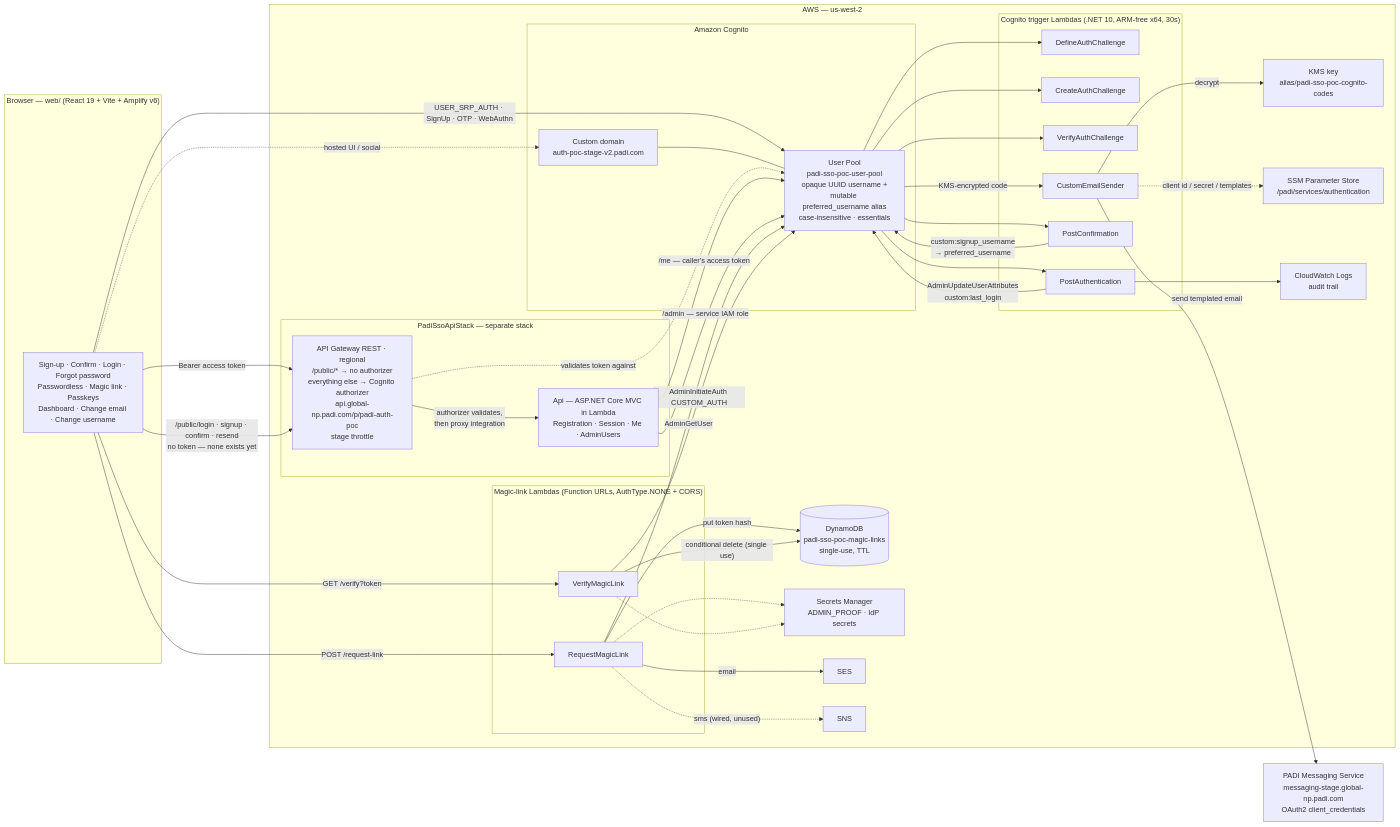
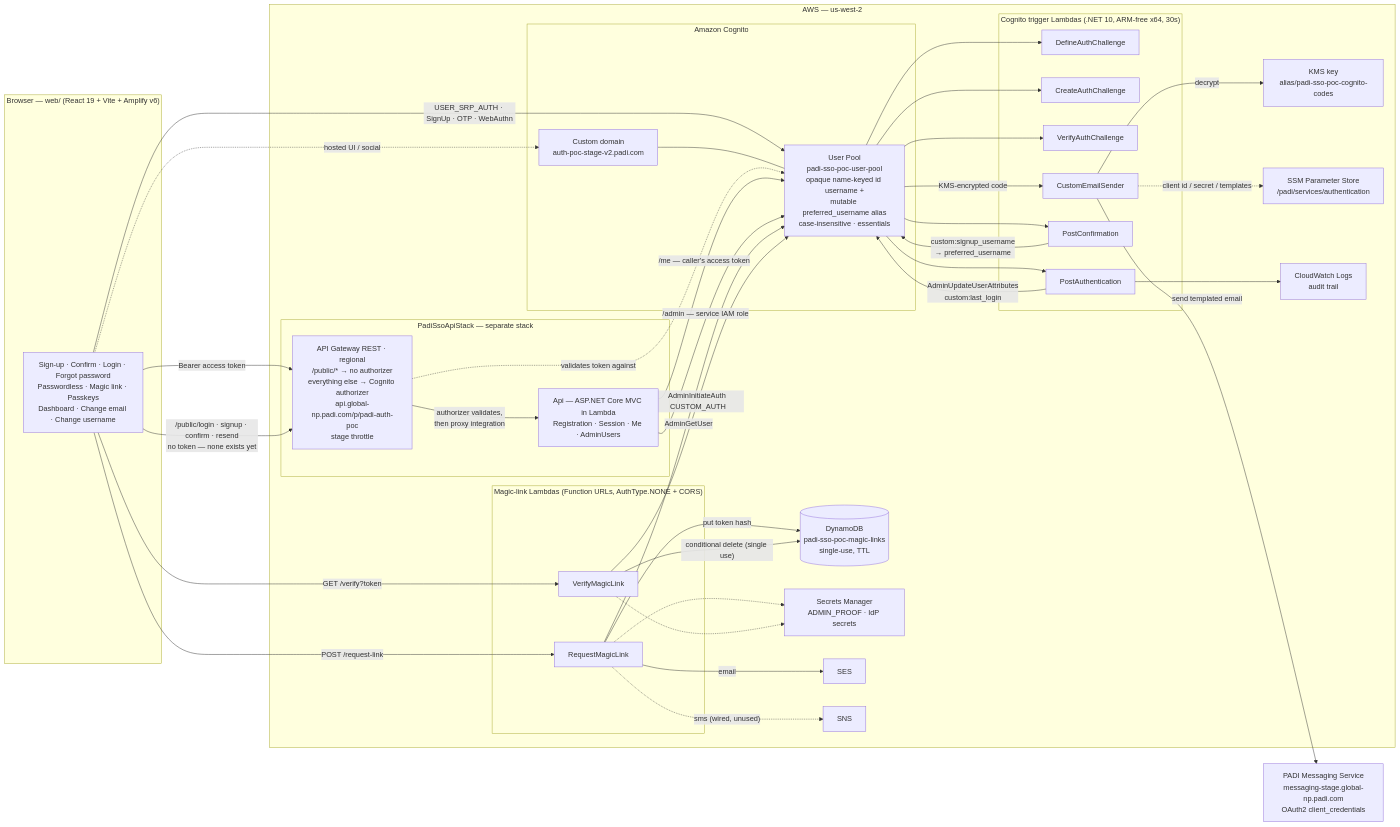
Before and after one commit to minhthanhnguyen/PADISSOPOC: the first of 6 diagrams in PADISSOPOC/docs/architecture.md, drawn with Mermaid. The commit also changed other lines of this file and 15 other files, not shown here.

````diff
--- a/PADISSOPOC/docs/architecture.md
+++ b/PADISSOPOC/docs/architecture.md
@@ -14,81 +14,81 @@
 ```mermaid
 flowchart LR
     subgraph client["Browser — web/ (React 19 + Vite + Amplify v6)"]
         UI["Sign-up · Confirm · Login · Forgot password<br/>Passwordless · Magic link · Passkeys<br/>Dashboard · Change email · Change username"]
     end
 
     subgraph aws["AWS — us-west-2"]
         subgraph idp["Amazon Cognito"]
-            POOL["User Pool<br/>padi-sso-poc-user-pool<br/>opaque UUID username +<br/>mutable preferred_username alias<br/>case-insensitive · essentials"]
+            POOL["User Pool<br/>padi-sso-poc-user-pool<br/>opaque name-keyed id username +<br/>mutable preferred_username alias<br/>case-insensitive · essentials"]
             DOMAIN["Custom domain<br/>auth-poc-stage-v2.padi.com"]
         end
 
         subgraph triggers["Cognito trigger Lambdas (.NET 10, ARM-free x64, 30s)"]
             DEFINE["DefineAuthChallenge"]
             CREATE["CreateAuthChallenge"]
             VERIFYC["VerifyAuthChallenge"]
             POSTAUTH["PostAuthentication"]
             POSTCONF["PostConfirmation"]
             EMAILSENDER["CustomEmailSender"]
         end
 
         subgraph fnurls["Magic-link Lambdas (Function URLs, AuthType.NONE + CORS)"]
             REQ["RequestMagicLink"]
             VER["VerifyMagicLink"]
         end
 
         subgraph apigw["PadiSsoApiStack — separate stack"]
             GW["API Gateway REST · regional<br/>/public/* → no authorizer<br/>everything else → Cognito authorizer<br/>api.global-np.padi.com/p/padi-auth-poc<br/>stage throttle"]
             API["Api — ASP.NET Core MVC in Lambda<br/>Registration · Session · Me · AdminUsers"]
         end
 
         DDB[("DynamoDB<br/>padi-sso-poc-magic-links<br/>single-use, TTL")]
         KMS["KMS key<br/>alias/padi-sso-poc-cognito-codes"]
         SSM["SSM Parameter Store<br/>/padi/services/authentication"]
         SM["Secrets Manager<br/>ADMIN_PROOF · IdP secrets"]
         SES["SES"]
         SNS["SNS"]
         LOGS["CloudWatch Logs<br/>audit trail"]
     end
 
     MSG["PADI Messaging Service<br/>messaging-stage.global-np.padi.com<br/>OAuth2 client_credentials"]
 
     UI -->|"USER_SRP_AUTH · SignUp · OTP · WebAuthn"| POOL
     UI -.->|"hosted UI / social"| DOMAIN
     DOMAIN --- POOL
 
     POOL --> DEFINE
     POOL --> CREATE
     POOL --> VERIFYC
     POOL --> POSTAUTH
     POOL --> POSTCONF
     POOL -->|"KMS-encrypted code"| EMAILSENDER
 
     POSTCONF -->|"custom:signup_username<br/>→ preferred_username"| POOL
 
     UI -->|"POST /request-link"| REQ
     UI -->|"GET /verify?token"| VER
 
     UI -->|"Bearer access token"| GW
     UI -->|"/public/login · signup · confirm · resend<br/>no token — none exists yet"| GW
     GW -->|"authorizer validates,<br/>then proxy integration"| API
     GW -.->|"validates token against"| POOL
     API -->|"/me — caller's access token"| POOL
     API -->|"/admin — service IAM role"| POOL
 
     EMAILSENDER -->|decrypt| KMS
     EMAILSENDER -->|"send templated email"| MSG
     POSTAUTH -->|"AdminUpdateUserAttributes<br/>custom:last_login"| POOL
     POSTAUTH --> LOGS
 
     REQ -->|"put token hash"| DDB
     REQ -->|"AdminGetUser"| POOL
     REQ -->|email| SES
     REQ -.->|"sms (wired, unused)"| SNS
     VER -->|"conditional delete (single use)"| DDB
     VER -->|"AdminInitiateAuth CUSTOM_AUTH"| POOL
 
     EMAILSENDER -.->|"client id / secret / templates"| SSM
     REQ -.-> SM
     VER -.-> SM
 ```
````
